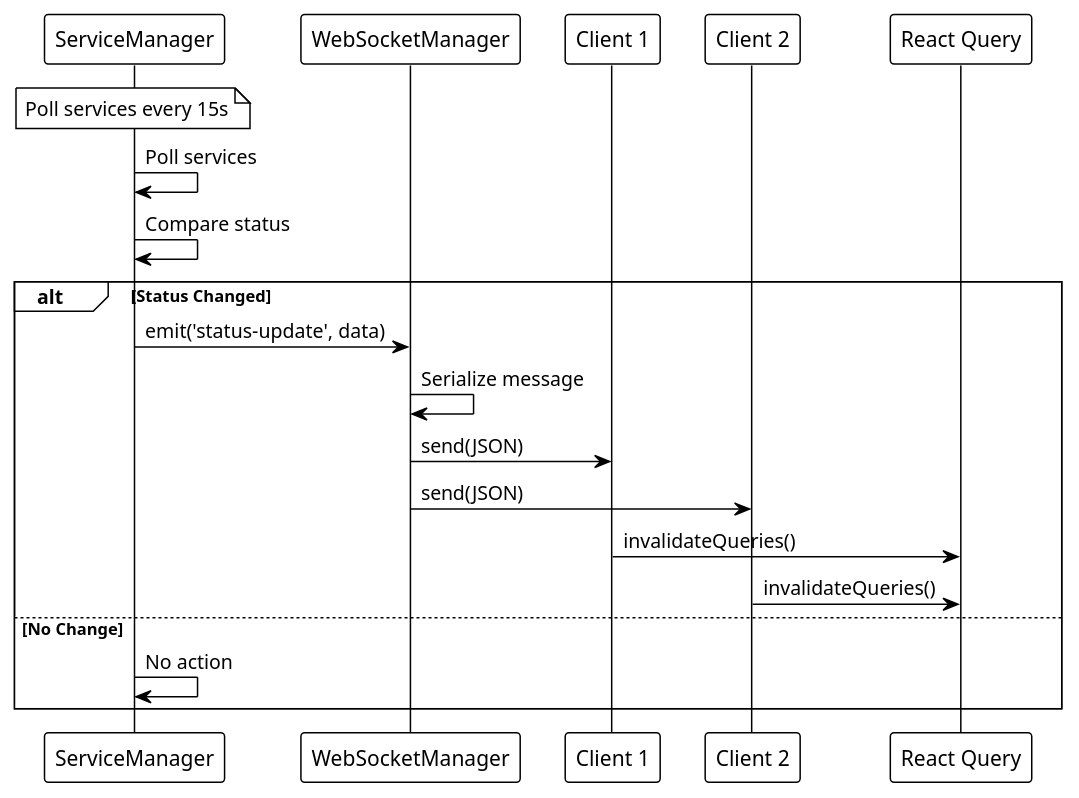
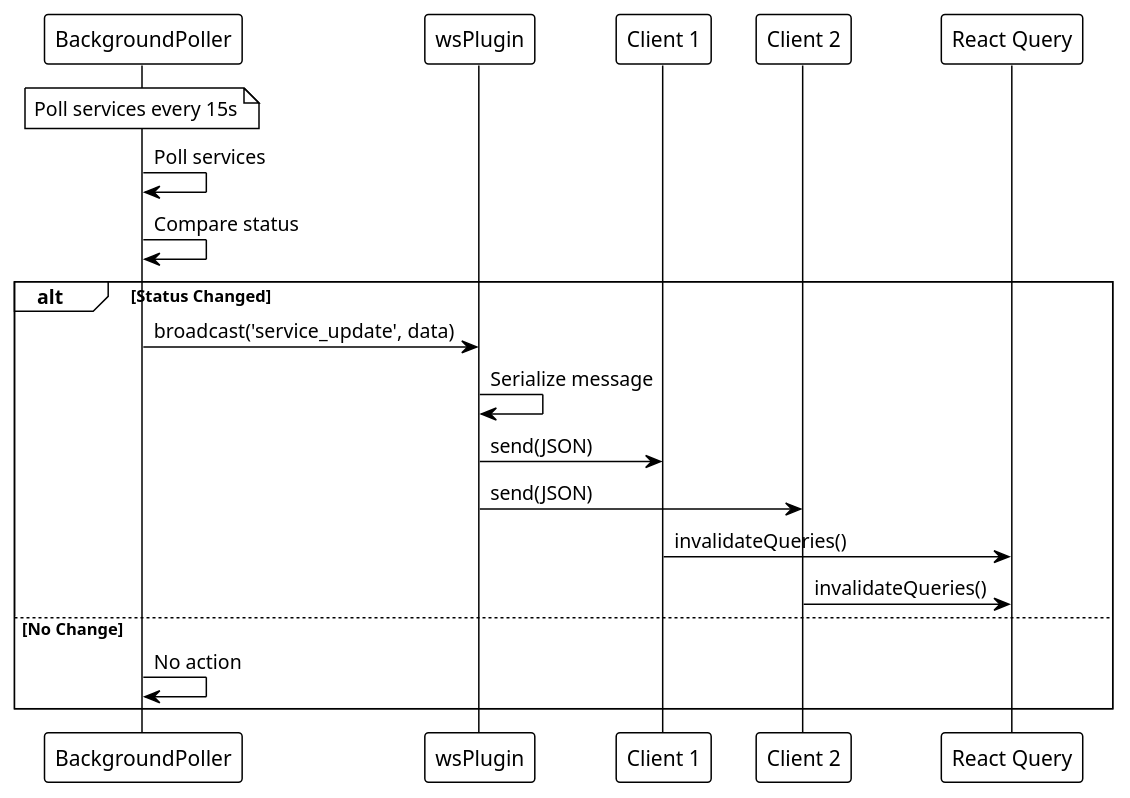
The fourth of 4 diagrams in docs/adr/005-real-time-websocket.md (EraPartner/Watchman), drawn with PlantUML before and after one commit. The commit also changed other lines of this file and 138 other files, not shown here.

````diff
--- a/docs/adr/005-real-time-websocket.md
+++ b/docs/adr/005-real-time-websocket.md
@@ -199,33 +210,33 @@
 ```plantuml
 @startuml
 !theme plain
 
-participant "ServiceManager" as SvcMgr
-participant "WebSocketManager" as WSM
+participant "BackgroundPoller" as SvcMgr
+participant "wsPlugin" as WSM
 participant "Client 1" as C1
 participant "Client 2" as C2
 participant "React Query" as Query
 
 note over SvcMgr
   Poll services every 15s
 end note
 
 SvcMgr -> SvcMgr : Poll services
 SvcMgr -> SvcMgr : Compare status
 
 alt Status Changed
-    SvcMgr -> WSM : emit('status-update', data)
+    SvcMgr -> WSM : broadcast('service_update', data)
 
     WSM -> WSM : Serialize message
 
     WSM -> C1 : send(JSON)
     WSM -> C2 : send(JSON)
 
     C1 -> Query : invalidateQueries()
     C2 -> Query : invalidateQueries()
 
 else No Change
     SvcMgr -> SvcMgr : No action
 end
 @enduml
 ```
````
